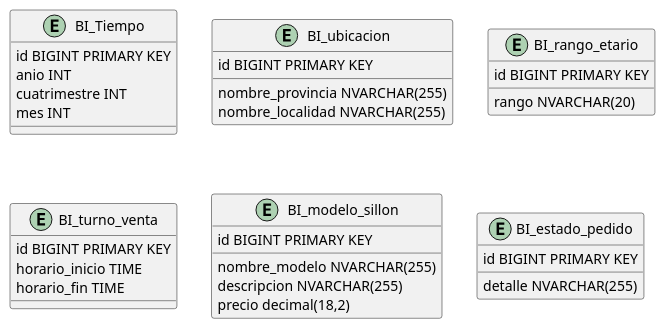
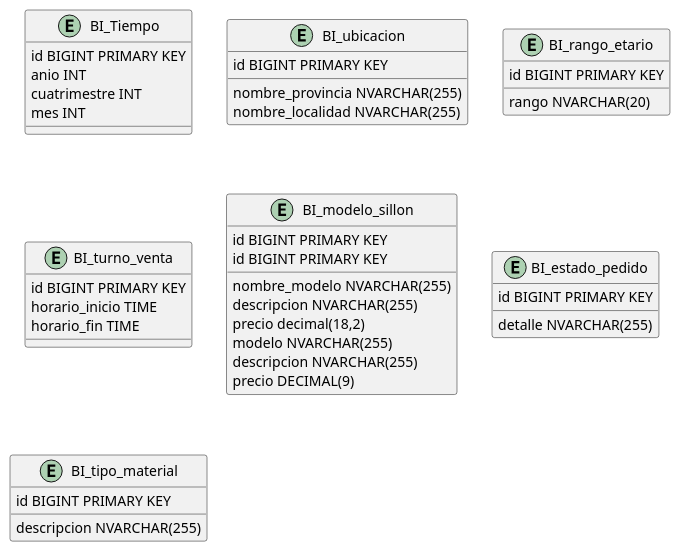
One commit to andrycarrasco/rejunte-sa-91 changed the diagram in bi_der.puml. Above: the diagram before and after it, drawn with PlantUML.

```diff
--- a/bi_der.puml
+++ b/bi_der.puml
@@ -1,37 +1,49 @@
 @startuml
 entity BI_Tiempo {
   id BIGINT PRIMARY KEY
   anio INT
   cuatrimestre INT
   mes INT
 }
 
 entity BI_ubicacion {
   id BIGINT PRIMARY KEY
   nombre_provincia NVARCHAR(255)
   nombre_localidad NVARCHAR(255)
 }
 
 entity BI_rango_etario {
   id BIGINT PRIMARY KEY
   rango NVARCHAR(20)
 }
 
 entity BI_turno_venta {
   id BIGINT PRIMARY KEY
   horario_inicio TIME
   horario_fin TIME
 }
 
 entity BI_modelo_sillon {
   id BIGINT PRIMARY KEY
   nombre_modelo NVARCHAR(255)
   descripcion NVARCHAR(255)
   precio decimal(18,2)
 }
 
 entity BI_estado_pedido {
   id BIGINT PRIMARY KEY
   detalle NVARCHAR(255)
 }
+
+entity BI_tipo_material {
+  id BIGINT PRIMARY KEY
+  descripcion NVARCHAR(255)
+}
+
+entity BI_modelo_sillon {
+  id BIGINT PRIMARY KEY
+  modelo NVARCHAR(255)
+  descripcion NVARCHAR(255)
+  precio DECIMAL(9)
+}
 @enduml
```
